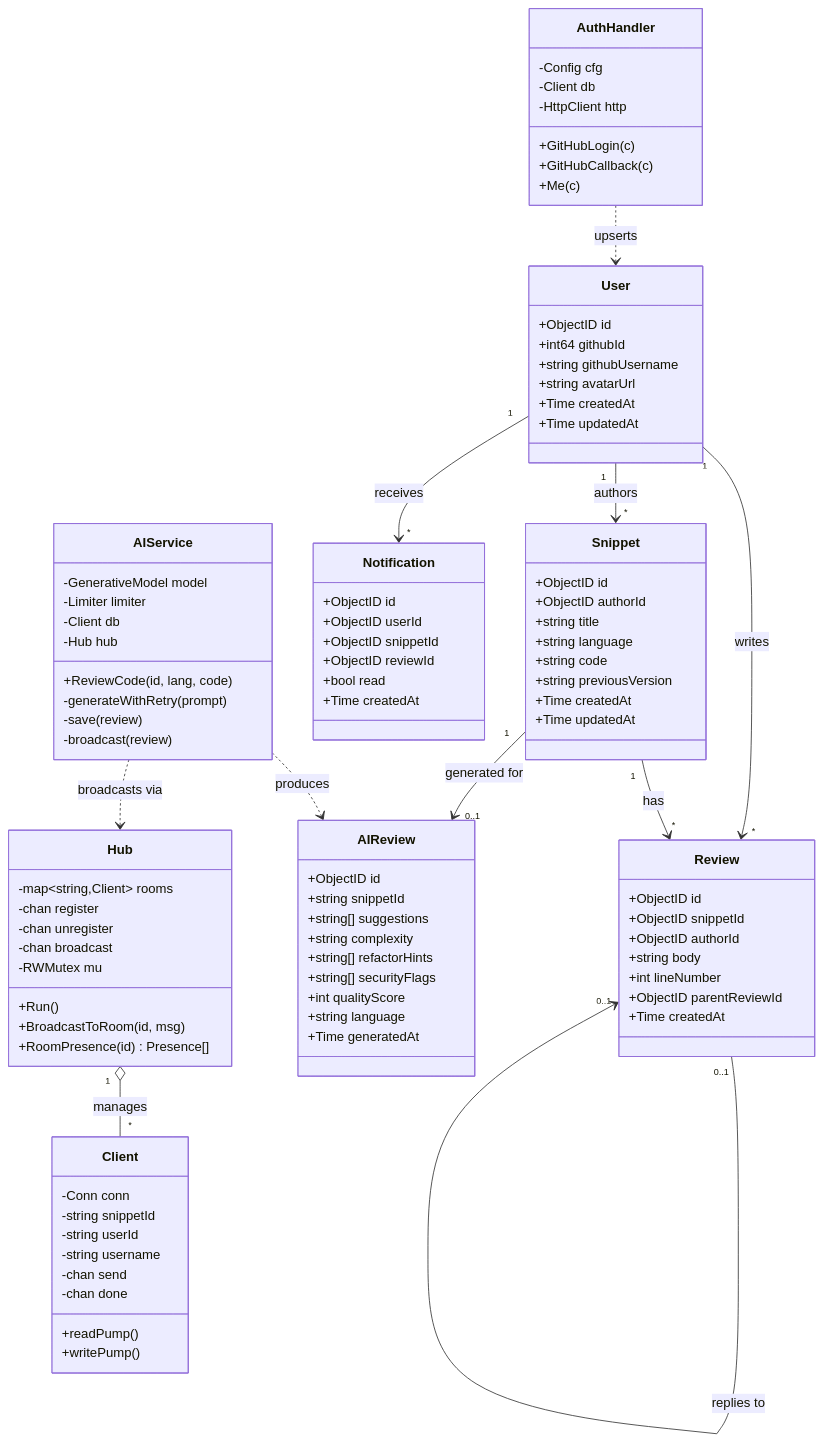
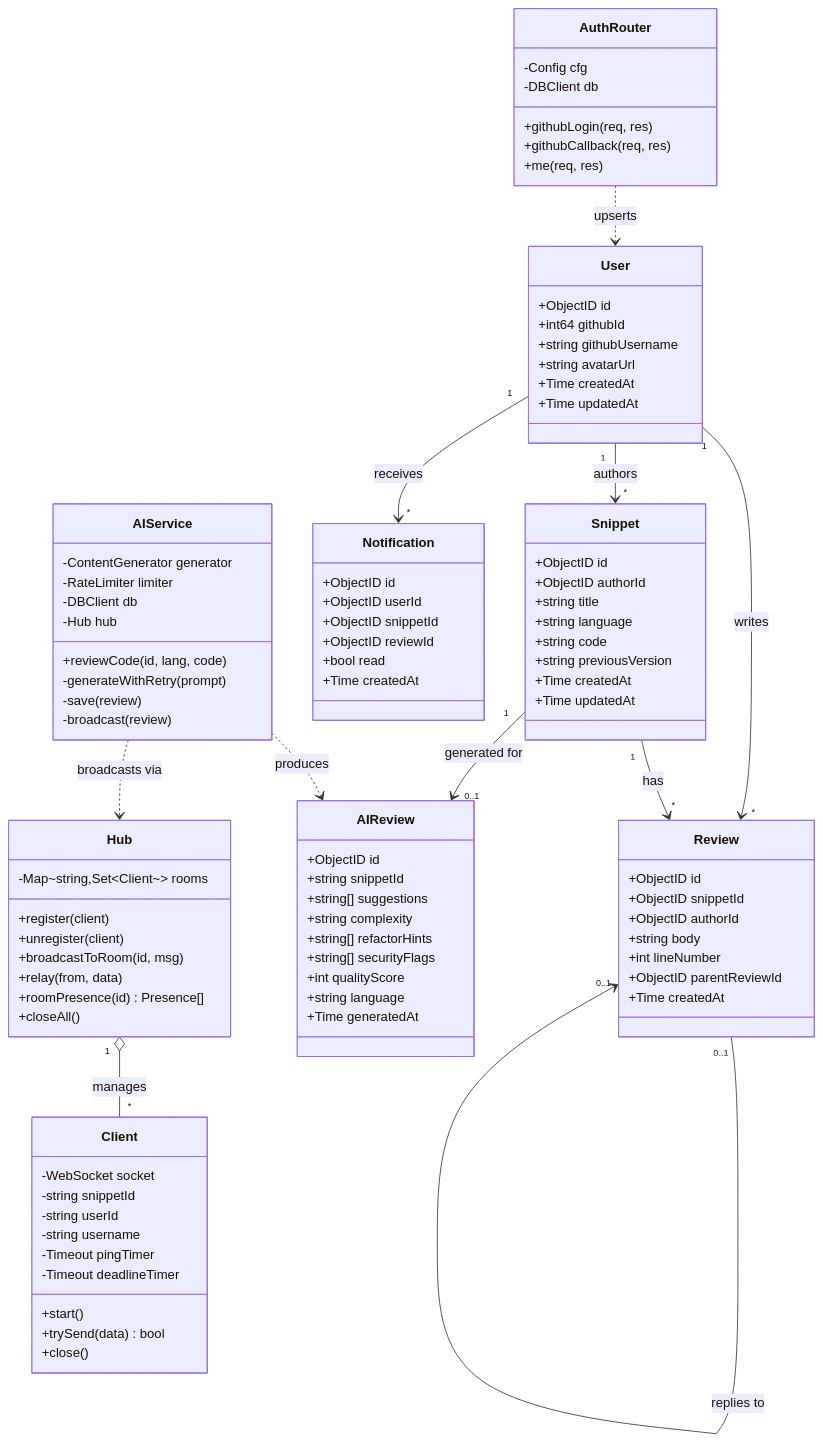
One commit to souvik-biswas-dev/ReviewFlow changed the first of 3 diagrams in README.md. Above: the diagram before and after it, drawn with Mermaid. The commit also changed other lines of this file and 1 other file, not shown here.

First line of the commit message:
docs: document the Node backend architecture and workflow

````diff
--- a/README.md
+++ b/README.md
@@ -113,45 +113,44 @@
     }
 
     class Hub {
-        -map~string,Client~ rooms
-        -chan register
-        -chan unregister
-        -chan broadcast
-        -RWMutex mu
-        +Run()
-        +BroadcastToRoom(id, msg)
-        +RoomPresence(id) Presence[]
+        -Map~string,Set~Client~~ rooms
+        +register(client)
+        +unregister(client)
+        +broadcastToRoom(id, msg)
+        +relay(from, data)
+        +roomPresence(id) Presence[]
+        +closeAll()
     }
 
     class Client {
-        -Conn conn
+        -WebSocket socket
         -string snippetId
         -string userId
         -string username
-        -chan send
-        -chan done
-        +readPump()
-        +writePump()
+        -Timeout pingTimer
+        -Timeout deadlineTimer
+        +start()
+        +trySend(data) bool
+        +close()
     }
 
     class AIService {
-        -GenerativeModel model
-        -Limiter limiter
-        -Client db
+        -ContentGenerator generator
+        -RateLimiter limiter
+        -DBClient db
         -Hub hub
-        +ReviewCode(id, lang, code)
+        +reviewCode(id, lang, code)
         -generateWithRetry(prompt)
         -save(review)
         -broadcast(review)
     }
 
-    class AuthHandler {
+    class AuthRouter {
         -Config cfg
-        -Client db
-        -HttpClient http
-        +GitHubLogin(c)
-        +GitHubCallback(c)
-        +Me(c)
+        -DBClient db
+        +githubLogin(req, res)
+        +githubCallback(req, res)
+        +me(req, res)
     }
 
     User "1" --> "*" Snippet : authors
@@ -163,5 +162,5 @@
     Hub "1" o-- "*" Client : manages
     AIService ..> Hub : broadcasts via
     AIService ..> AIReview : produces
-    AuthHandler ..> User : upserts
+    AuthRouter ..> User : upserts
 ```
````
